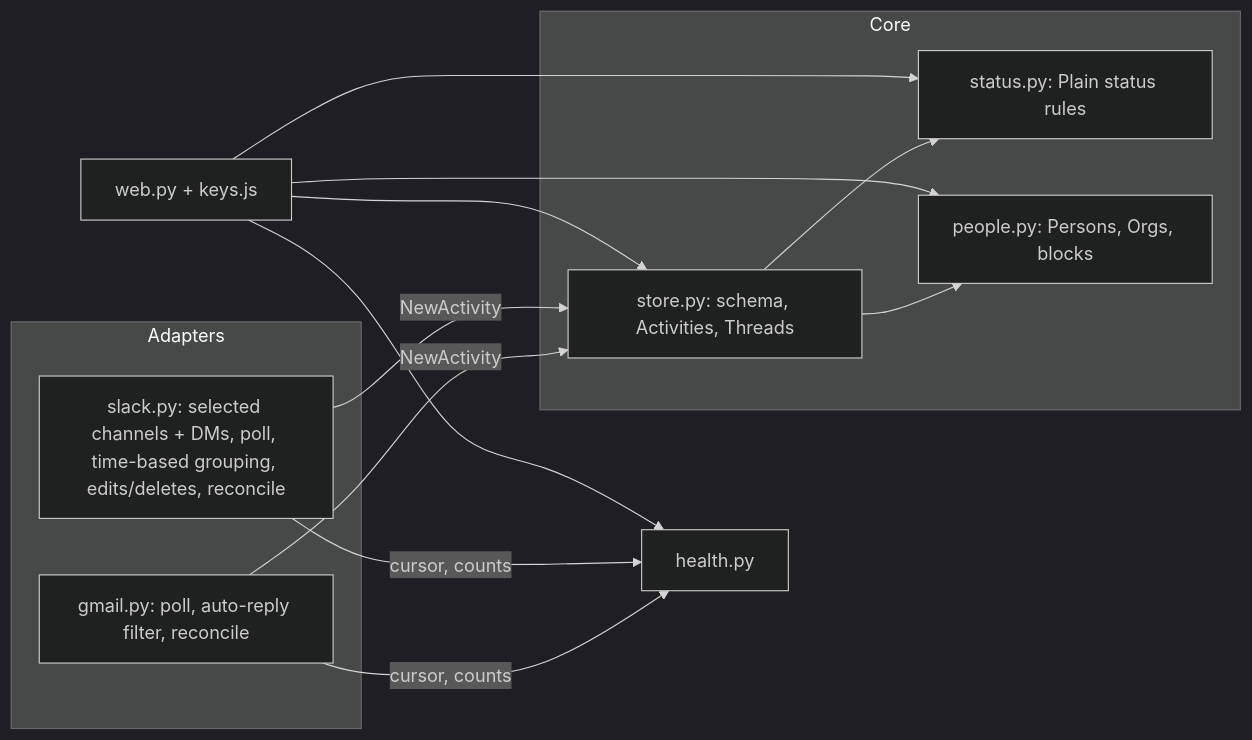
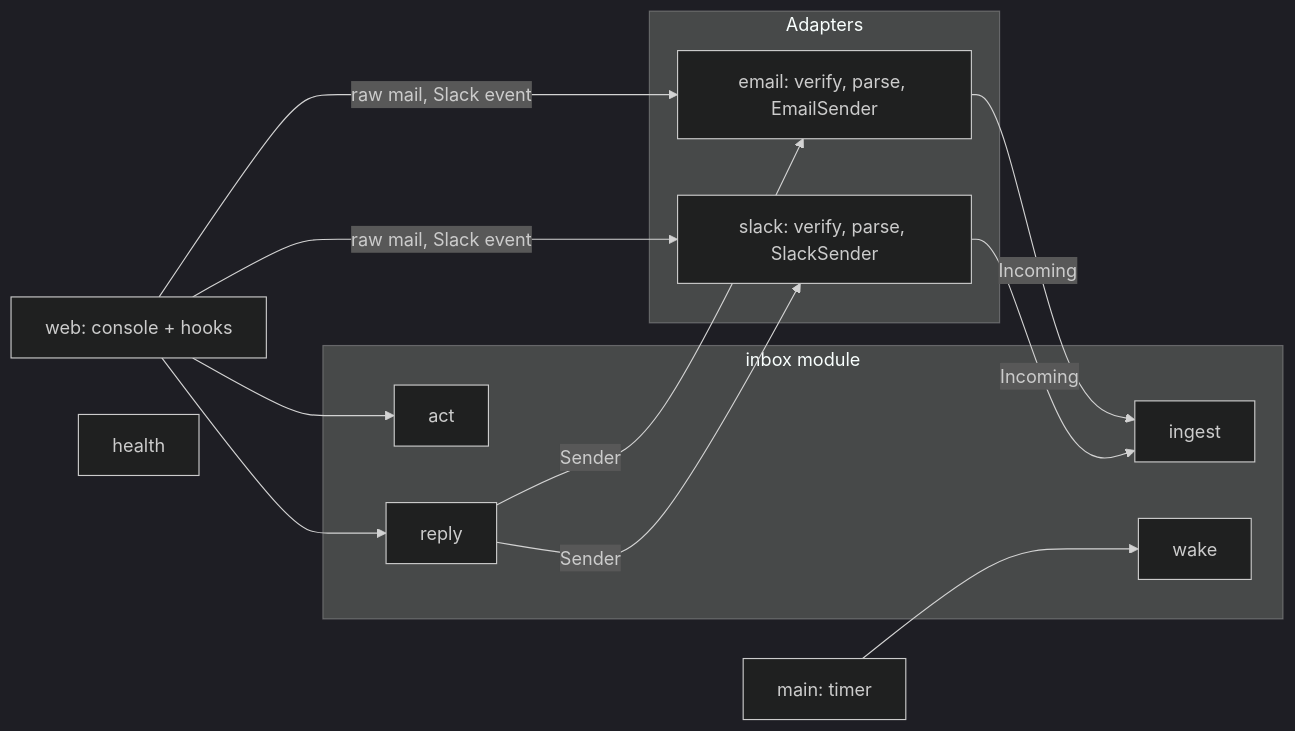
One commit to JMLegere/comms-terminal changed the third of 3 diagrams in docs/prd.md. Above: the diagram before and after it, drawn with Mermaid (dark theme). The commit also changed other lines of this file and 17 other files, not shown here.

````diff
--- a/docs/prd.md
+++ b/docs/prd.md
@@ -259,18 +285,19 @@
 ```mermaid
 flowchart LR
   subgraph Adapters
-    GM[gmail.py: poll, auto-reply filter, reconcile]
-    SL[slack.py: selected channels + DMs, poll, time-based grouping, edits/deletes, reconcile]
+    EM[email: verify, parse, EmailSender]
+    SK[slack: verify, parse, SlackSender]
   end
-  subgraph Core
-    ST[store.py: schema, Activities, Threads]
-    SM[status.py: Plain status rules]
-    PP[people.py: Persons, Orgs, blocks]
+  subgraph inbox[inbox module]
+    I1[ingest]
+    I2[act]
+    I3[reply]
+    I4[wake]
   end
-  HL[health.py]
-  WB[web.py + keys.js]
-  GM & SL -->|NewActivity| ST --> SM
-  ST --> PP
-  GM & SL -->|cursor, counts| HL
-  WB --> ST & SM & PP & HL
+  WEB[web: console + hooks] -->|raw mail, Slack event| EM & SK
+  EM & SK -->|Incoming| I1
+  WEB --> I2 & I3
+  I3 -->|Sender| EM & SK
+  MAIN[main: timer] --> I4
+  HL[health]
 ```
````
